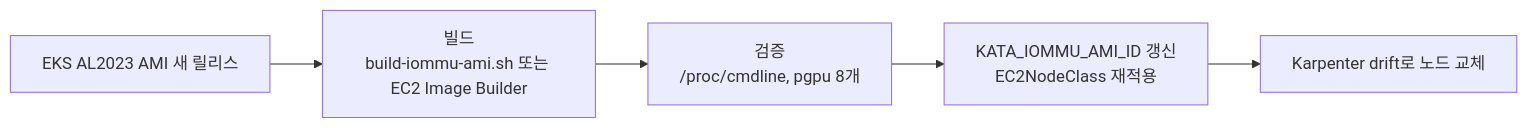
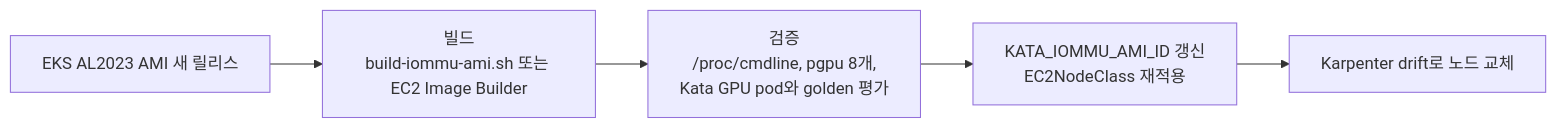
Before and after one commit to daekeun-ml/gpu-sandbox-on-aws: the diagram in docs/production/01_capacity_and_nodes.md, drawn with Mermaid. The commit also changed other lines of this file and 171 other files, not shown here.

````diff
--- a/docs/production/01_capacity_and_nodes.md
+++ b/docs/production/01_capacity_and_nodes.md
@@ -150,7 +149,7 @@
 ```mermaid
 flowchart LR
     A["EKS AL2023 AMI 새 릴리스"] --> B["빌드<br/>build-iommu-ami.sh 또는 EC2 Image Builder"]
-    B --> C["검증<br/>/proc/cmdline, pgpu 8개"]
+    B --> C["검증<br/>/proc/cmdline, pgpu 8개,<br/>Kata GPU pod와 golden 평가"]
     C --> D["KATA_IOMMU_AMI_ID 갱신<br/>EC2NodeClass 재적용"]
     D --> E["Karpenter drift로 노드 교체"]
 ```
````
